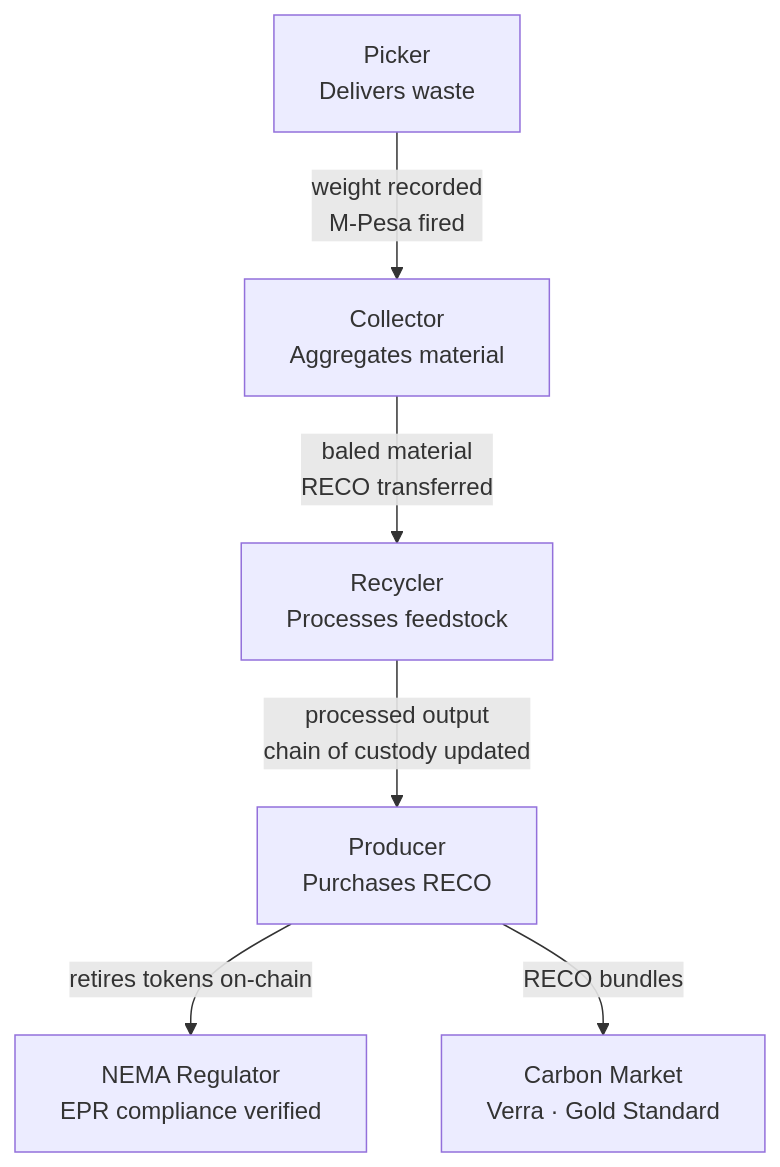
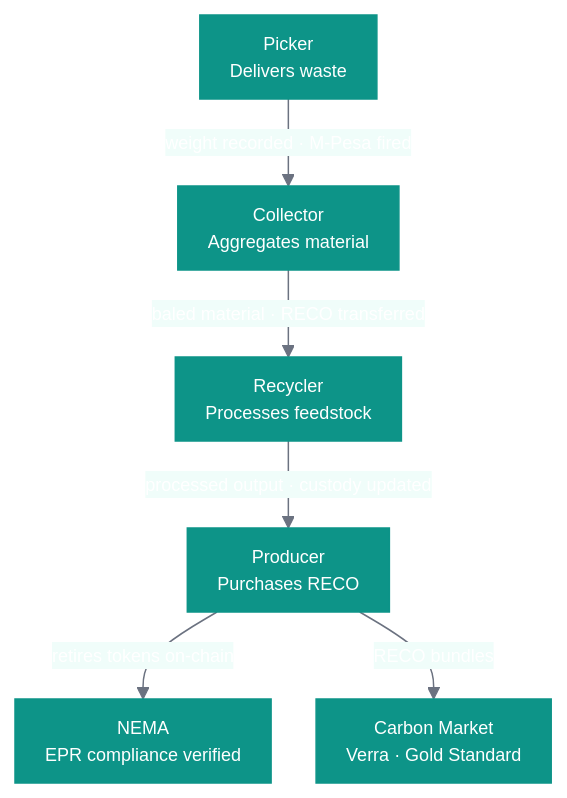
One commit to Matxchange/matXchange changed the first of 5 diagrams in README.md. Above: the diagram before and after it, drawn with Mermaid. The commit also changed other lines of this file, not shown here.

````diff
--- a/README.md
+++ b/README.md
@@ -42,8 +41,9 @@
 ```mermaid
+%%{init: {"theme": "base", "themeVariables": {"primaryColor": "#0D9488", "primaryTextColor": "#ffffff", "primaryBorderColor": "#0D9488", "lineColor": "#6B7280", "edgeLabelBackground": "#F0FDFA", "fontFamily": "ui-monospace, monospace", "fontSize": "12px"}, "flowchart": {"curve": "basis", "nodeSpacing": 30, "rankSpacing": 40, "padding": 10}}}%%
 flowchart TD
-    A[Picker\nDelivers waste] -->|weight recorded\nM-Pesa fired| B[Collector\nAggregates material]
-    B -->|baled material\nRECO transferred| C[Recycler\nProcesses feedstock]
-    C -->|processed output\nchain of custody updated| D[Producer\nPurchases RECO]
-    D -->|retires tokens on-chain| E[NEMA Regulator\nEPR compliance verified]
+    A[Picker\nDelivers waste] -->|weight recorded · M-Pesa fired| B[Collector\nAggregates material]
+    B -->|baled material · RECO transferred| C[Recycler\nProcesses feedstock]
+    C -->|processed output · custody updated| D[Producer\nPurchases RECO]
+    D -->|retires tokens on-chain| E[NEMA\nEPR compliance verified]
     D -->|RECO bundles| F[Carbon Market\nVerra · Gold Standard]
 ```
````
